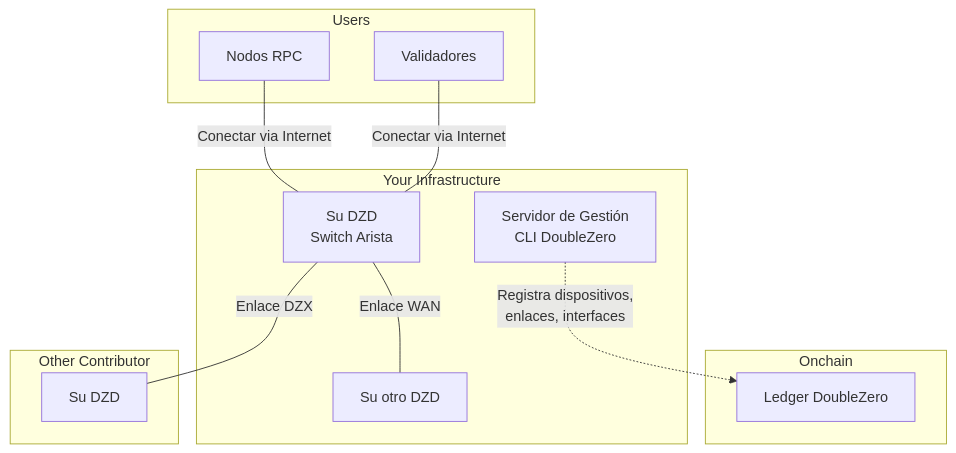
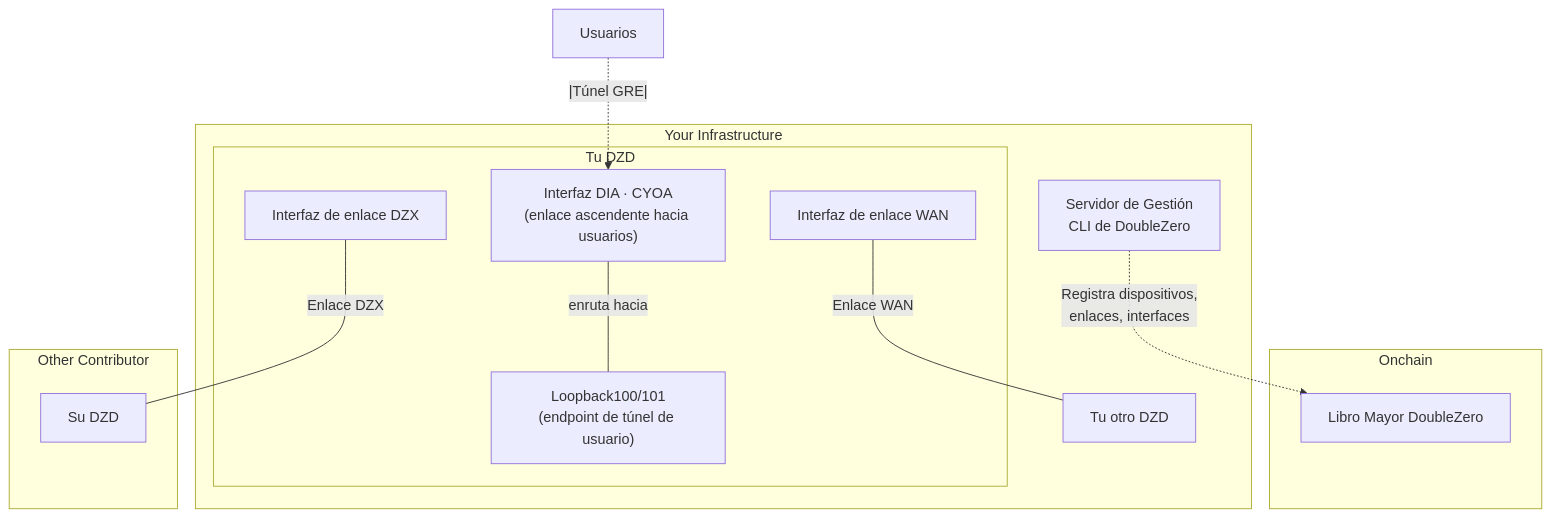
Before and after one commit to malbeclabs/docs: the first of 13 diagrams in docs/contribute-provisioning.es.md, drawn with Mermaid. The commit also changed other lines of this file and 160 other files, not shown here.

````diff
--- a/docs/contribute-provisioning.es.md
+++ b/docs/contribute-provisioning.es.md
@@ -13,26 +50,29 @@
 ```mermaid
 flowchart TB
     subgraph Onchain
-        SC[Ledger DoubleZero]
+        SC[Libro Mayor DoubleZero]
     end
 
     subgraph Your Infrastructure
-        MGMT[Servidor de Gestión<br/>CLI DoubleZero]
-        DZD[Su DZD<br/>Switch Arista]
-        DZD ---|Enlace WAN| DZD2[Su otro DZD]
+        MGMT[Servidor de Gestión<br/>CLI de DoubleZero]
+        subgraph DZD[Tu DZD]
+            CYOA["Interfaz DIA · CYOA<br/>(enlace ascendente hacia usuarios)"]
+            WAN_INTF["Interfaz de enlace WAN"]
+            DZX_INTF["Interfaz de enlace DZX"]
+            LO100["Loopback100/101<br/>(endpoint de túnel de usuario)"]
+        end
+        DZD2[Tu otro DZD]
     end
 
     subgraph Other Contributor
         OtherDZD[Su DZD]
     end
 
-    subgraph Users
-        VAL[Validadores]
-        RPC[Nodos RPC]
-    end
+    USERS["Usuarios"]
 
     MGMT -.->|Registra dispositivos,<br/>enlaces, interfaces| SC
-    DZD ---|Enlace DZX| OtherDZD
-    VAL ---|Conectar via Internet| DZD
-    RPC ---|Conectar via Internet| DZD
+    WAN_INTF ---|Enlace WAN| DZD2
+    DZX_INTF ---|Enlace DZX| OtherDZD
+    USERS -.|Túnel GRE|.-> CYOA
+    CYOA ---|enruta hacia| LO100
 ```
````
